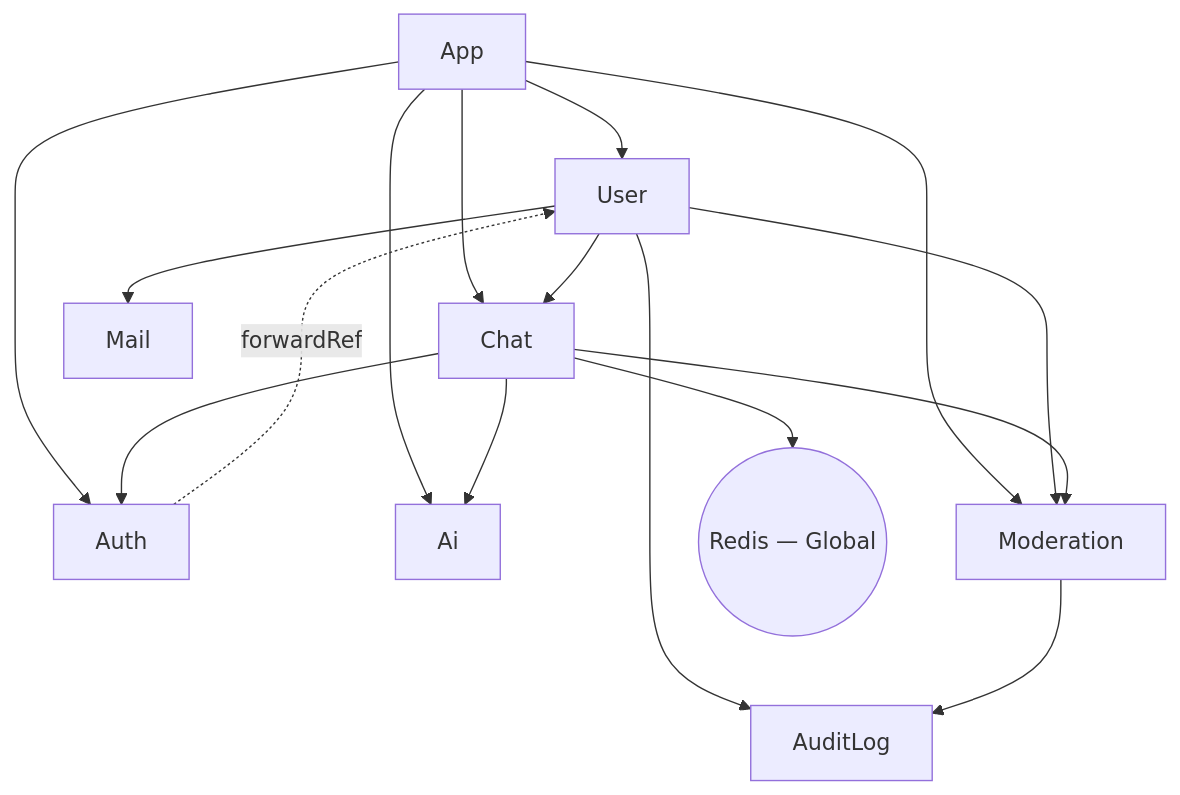
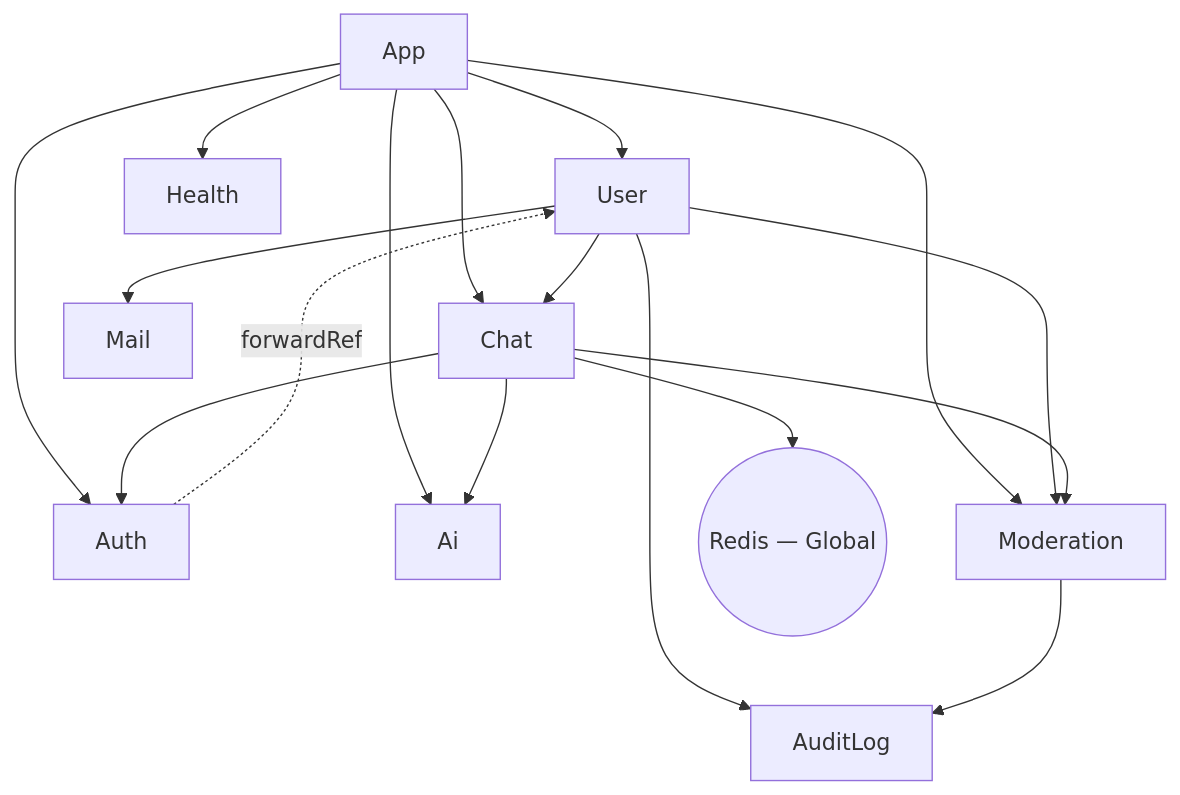
Before and after one commit to Bluecode77732/Chat-project: the second of 3 diagrams in ARCHITECTURE.ko.md, drawn with Mermaid. The commit also changed other lines of this file and 4 other files, not shown here.

````diff
--- a/ARCHITECTURE.ko.md
+++ b/ARCHITECTURE.ko.md
@@ -68,9 +69,9 @@
 ```mermaid
 flowchart TD
-    App --> User & Chat & Auth & Ai & Moderation
+    App --> User & Chat & Auth & Ai & Moderation & Health
     User --> Chat & AuditLog & Mail & Moderation
     Chat --> Auth & Redis & Ai & Moderation
     Auth -. forwardRef .-> User
     Moderation --> AuditLog
     Redis((Redis — Global))
 ```
````
